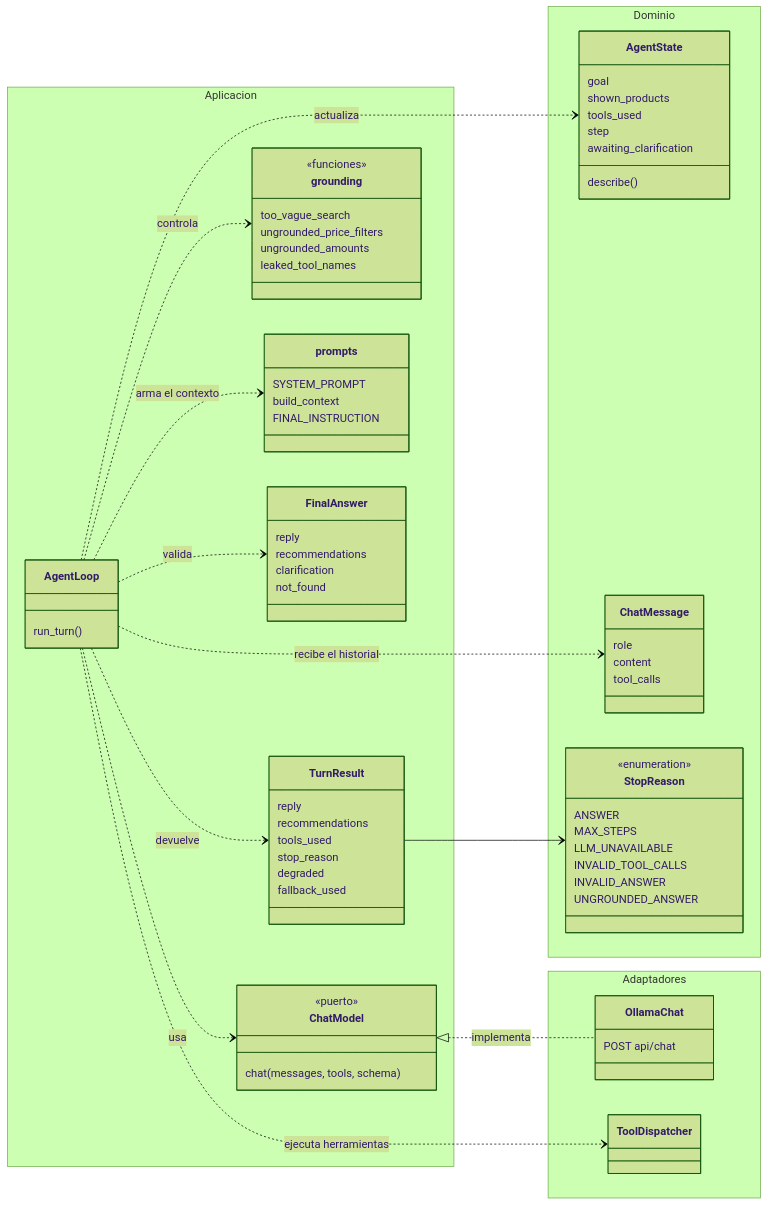
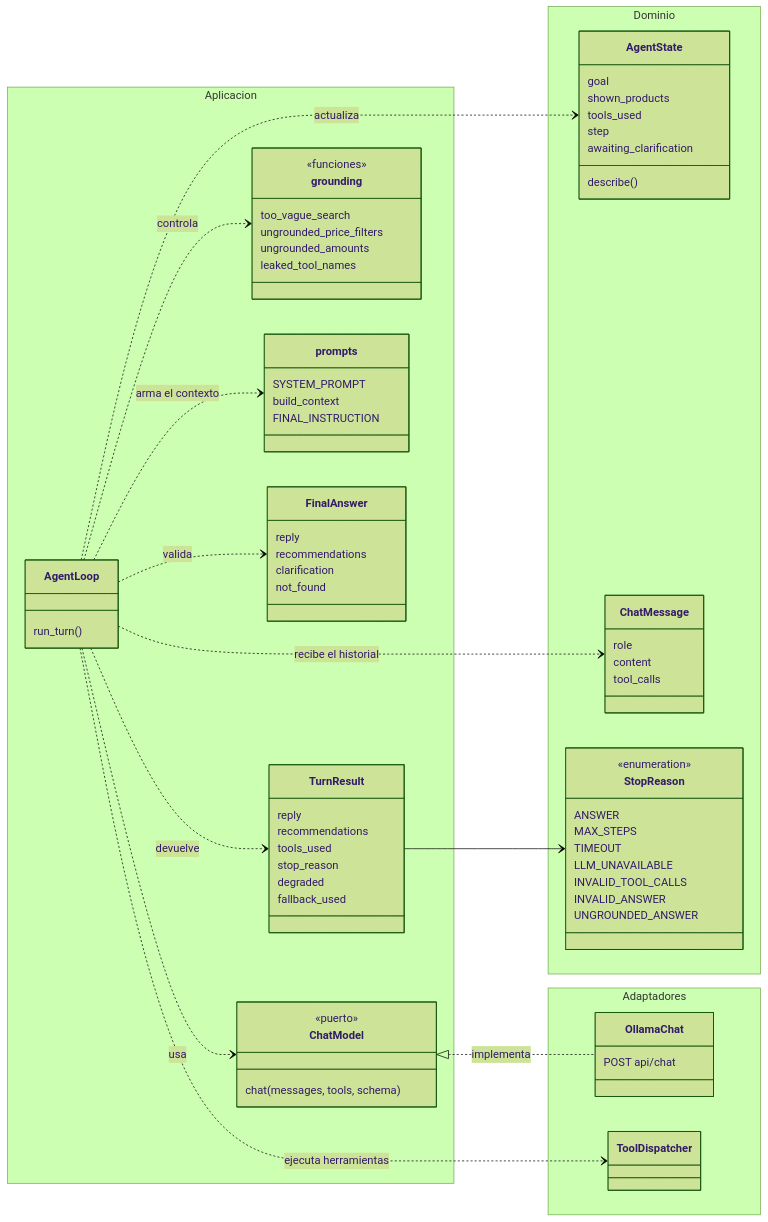
One commit to Saikus08/mercanova-ai-assistant changed the fourth of 4 diagrams in docs/diagrams/agent-flow.md. Above: the diagram before and after it, drawn with Mermaid (forest theme). The commit also changed other lines of this file, not shown here.

Commit message:
docs(agent): show the turn time budget in the agent flow (#71)

```diff
--- a/docs/diagrams/agent-flow.md
+++ b/docs/diagrams/agent-flow.md
@@ -107,6 +107,7 @@
             <<enumeration>>
             ANSWER
             MAX_STEPS
+            TIMEOUT
             LLM_UNAVAILABLE
             INVALID_TOOL_CALLS
             INVALID_ANSWER
```
